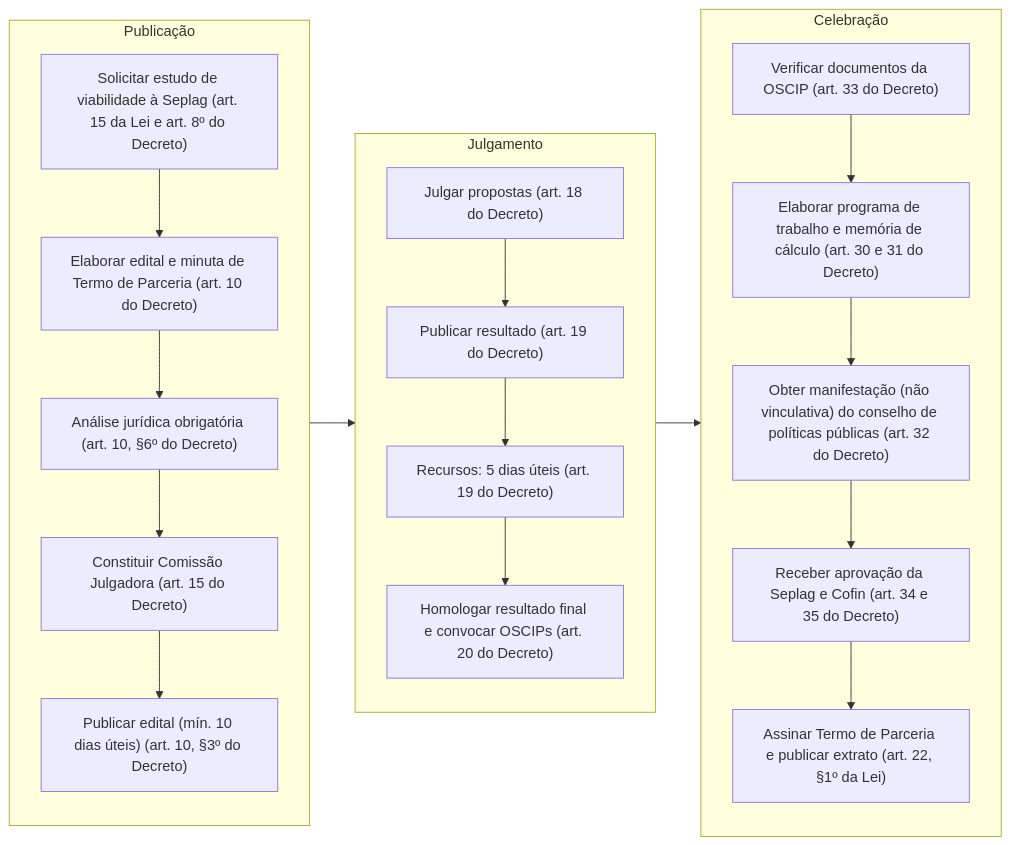
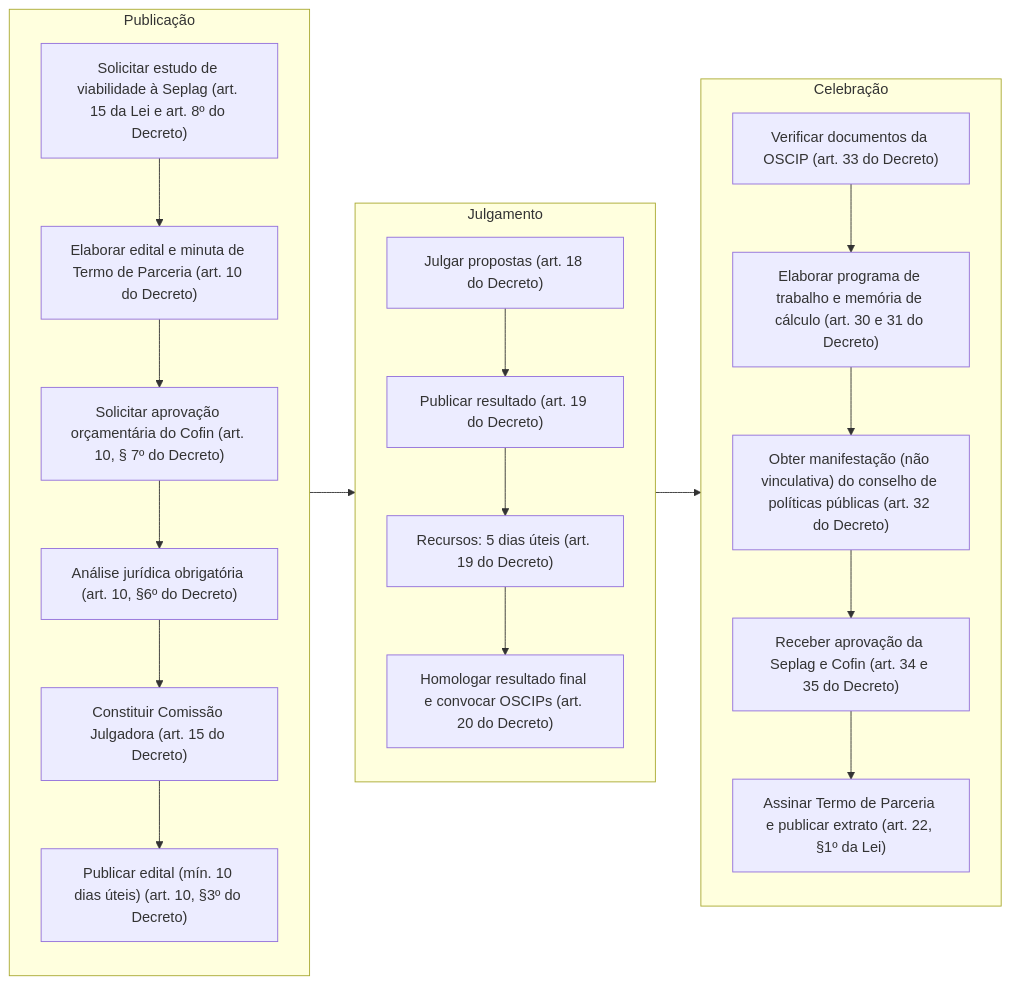
The first of 3 diagrams in paginas/marcos_regulatorios/descentralizacao/OSCIP/README.md (iepha-mg/manual.appi), drawn with Mermaid before and after one commit. The commit also changed other lines of this file, not shown here.

```diff
--- a/paginas/marcos_regulatorios/descentralizacao/OSCIP/README.md
+++ b/paginas/marcos_regulatorios/descentralizacao/OSCIP/README.md
@@ -55,27 +58,28 @@
 <div class="mermaid">
 flowchart LR
     subgraph Publicacao["Publicação"]
         A1["Solicitar estudo de viabilidade à Seplag (art. 15 da Lei e art. 8º do Decreto)"]
         A2["Elaborar edital e minuta de Termo de Parceria (art. 10 do Decreto)"]
-        A3["Análise jurídica obrigatória (art. 10, §6º do Decreto)"]
-        A4["Constituir Comissão Julgadora (art. 15 do Decreto)"]
-        A5["Publicar edital (mín. 10 dias úteis) (art. 10, §3º do Decreto)"]
-        A1 --> A2 --> A3 --> A4 --> A5
+        A3["Solicitar aprovação orçamentária do Cofin (art. 10, § 7º do Decreto)"]
+        A4["Análise jurídica obrigatória (art. 10, §6º do Decreto)"]
+        A5["Constituir Comissão Julgadora (art. 15 do Decreto)"]
+        A6["Publicar edital (mín. 10 dias úteis) (art. 10, §3º do Decreto)"]
+        A1 --> A2 --> A3 --> A4 --> A5 --> A6
     end
     subgraph Julgamento
         B1["Julgar propostas (art. 18 do Decreto)"]
         B2["Publicar resultado (art. 19 do Decreto)"]
         B3["Recursos: 5 dias úteis (art. 19 do Decreto)"]
         B4["Homologar resultado final e convocar OSCIPs (art. 20 do Decreto)"]
         B1 --> B2 --> B3 --> B4
     end
     subgraph Celebracao["Celebração"]
         C1["Verificar documentos da OSCIP (art. 33 do Decreto)"]
         C2["Elaborar programa de trabalho e memória de cálculo (art. 30 e 31 do Decreto)"]
         C3["Obter manifestação (não vinculativa) do conselho de políticas públicas (art. 32 do Decreto)"]
         C4["Receber aprovação da Seplag e Cofin (art. 34 e 35 do Decreto)"]
         C5["Assinar Termo de Parceria e publicar extrato (art. 22, §1º da Lei)"]
         C1 --> C2 --> C3 --> C4 --> C5
     end
     Publicacao --> Julgamento --> Celebracao
 </div>
```
